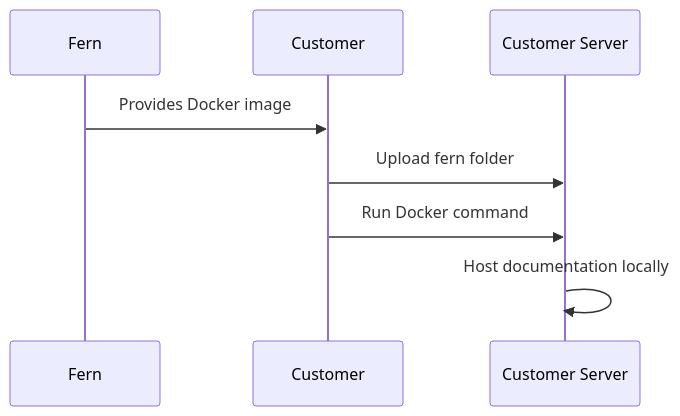
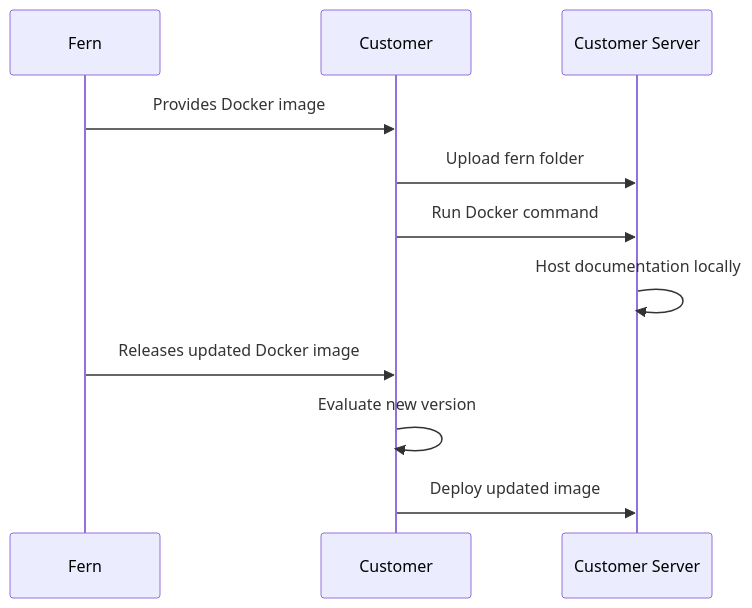
The diagram in fern/products/docs/pages/enterprise/self-hosted.mdx (fern-api/docs), drawn with Mermaid before and after one commit. The commit also changed other lines of this file, not shown here.

````diff
--- a/fern/products/docs/pages/enterprise/self-hosted.mdx
+++ b/fern/products/docs/pages/enterprise/self-hosted.mdx
@@ -41,11 +42,14 @@
 ```mermaid
 sequenceDiagram
     participant F as Fern
     participant C as Customer
     participant S as Customer Server
 
     F->>C: Provides Docker image
     C->>S: Upload fern folder
     C->>S: Run Docker command
     S->>S: Host documentation locally
+    F->>C: Releases updated Docker image
+    C->>C: Evaluate new version
+    C->>S: Deploy updated image
 ```
````
